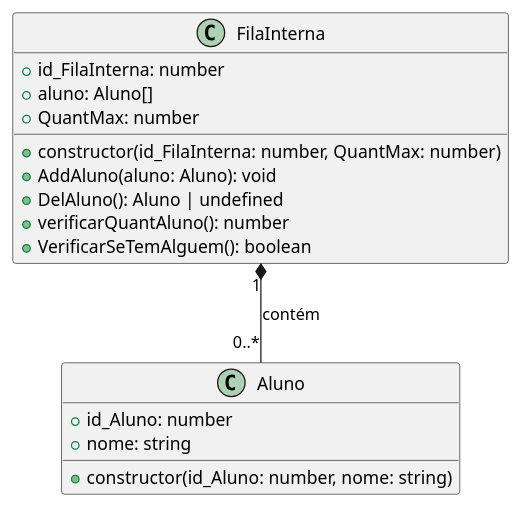
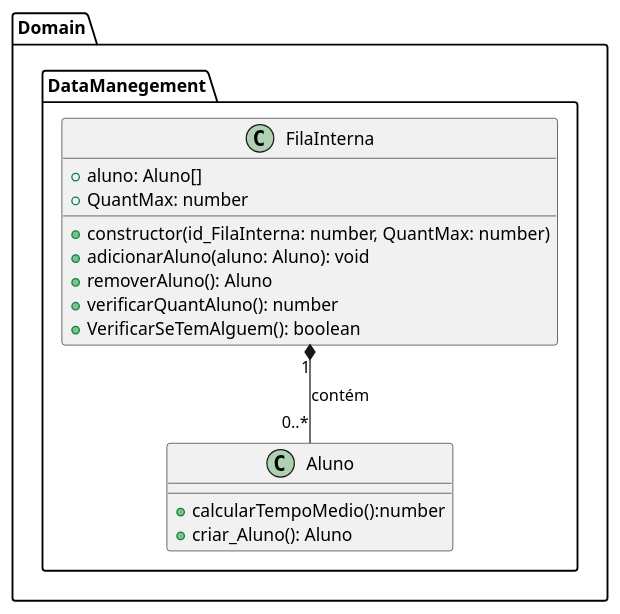
One commit to Gstv2/sfr-template changed the diagram in design/class-FilaInterna.plantuml. Above: the diagram before and after it, drawn with PlantUML. The commit also changed 3 other files, not shown here.

Commit message:
Adicionando classe e organizando um pouco o diagrama

```diff
--- a/design/class-FilaInterna.plantuml
+++ b/design/class-FilaInterna.plantuml
@@ -1,20 +1,19 @@
 @startuml
+package Domain.DataManegement{
     class Aluno {
-        + id_Aluno: number
-        + nome: string
-        + constructor(id_Aluno: number, nome: string)
+        + calcularTempoMedio():number
+        + criar_Aluno(): Aluno
     }
 
     class FilaInterna {
-        + id_FilaInterna: number
         + aluno: Aluno[]
         + QuantMax: number
         + constructor(id_FilaInterna: number, QuantMax: number)
-        + AddAluno(aluno: Aluno): void
-        + DelAluno(): Aluno | undefined
+        + adicionarAluno(aluno: Aluno): void
+        + removerAluno(): Aluno
         + verificarQuantAluno(): number
         + VerificarSeTemAlguem(): boolean
     }
-
+}
     FilaInterna "1" *-- "0..*" Aluno : contém
 @enduml
```
